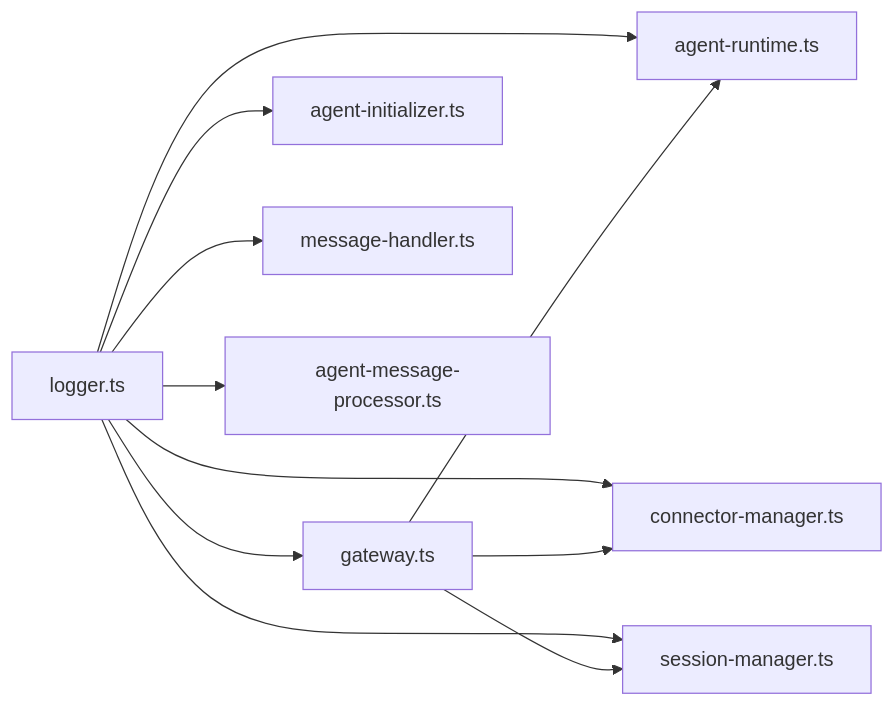
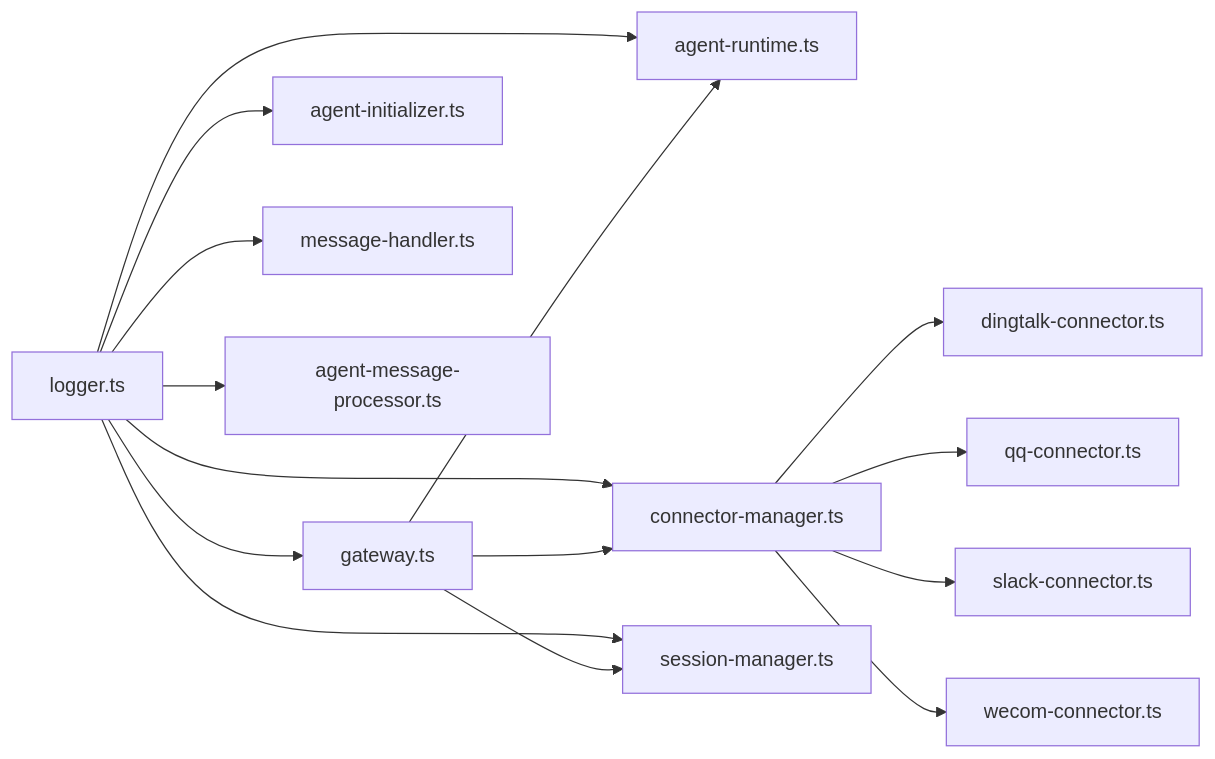
Before and after one commit to HEROhuqinchao/deepbot: the seventh of 7 diagrams in .qoder/repowiki/zh/content/故障排除和调试/日志系统.md, drawn with Mermaid. The commit also changed other lines of this file and 8 other files, not shown here.

````diff
--- a/.qoder/repowiki/zh/content/故障排除和调试/日志系统.md
+++ b/.qoder/repowiki/zh/content/故障排除和调试/日志系统.md
@@ -358,13 +455,17 @@
 ```mermaid
 graph LR
 L["logger.ts"] --> GW["gateway.ts"]
 L --> AR["agent-runtime.ts"]
 L --> AIM["agent-initializer.ts"]
 L --> MH["message-handler.ts"]
 L --> AMP["agent-message-processor.ts"]
 L --> CM["connector-manager.ts"]
 L --> SM["session-manager.ts"]
 GW --> AR
 GW --> CM
 GW --> SM
+CM --> DT["dingtalk-connector.ts"]
+CM --> QQ["qq-connector.ts"]
+CM --> SL["slack-connector.ts"]
+CM --> WC["wecom-connector.ts"]
 ```
````
